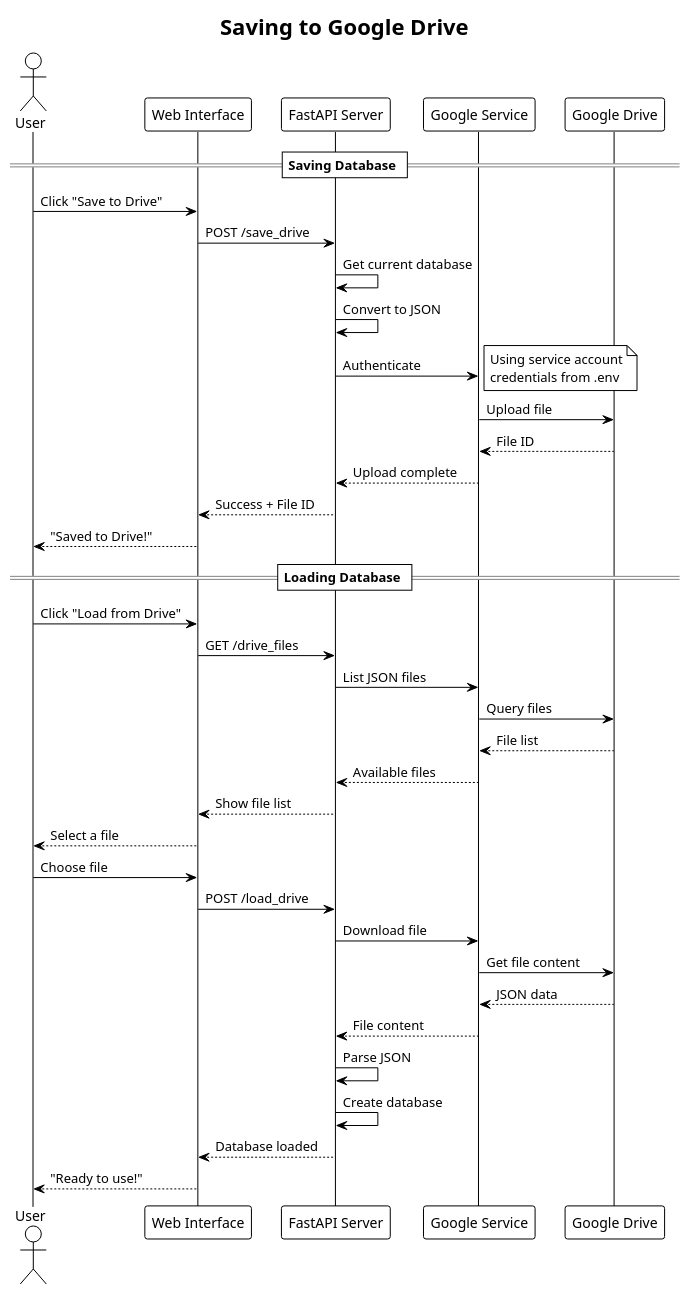
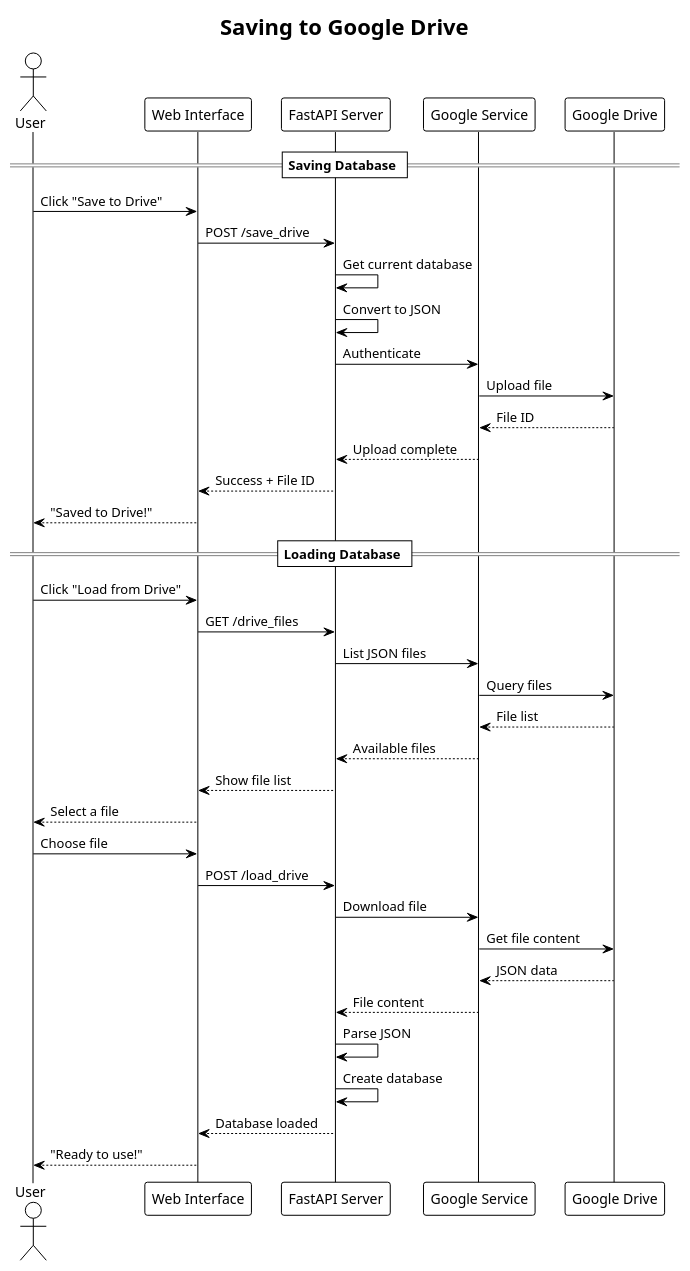
One commit to PavelShpagin/TDMS changed the diagram in UML/06_sequence_google.puml. Above: the diagram before and after it, drawn with PlantUML. The commit also changed 44 other files, not shown here.

```diff
--- a/UML/06_sequence_google.puml
+++ b/UML/06_sequence_google.puml
@@ -1,59 +1,55 @@
 @startuml sequence_google
 !theme plain
 title Saving to Google Drive
 
 actor User
 participant "Web Interface" as UI
 participant "FastAPI Server" as API
 participant "Google Service" as GService
 participant "Google Drive" as Drive
 
 == Saving Database ==
 
 User -> UI: Click "Save to Drive"
 UI -> API: POST /save_drive
 
 API -> API: Get current database
 API -> API: Convert to JSON
 
 API -> GService: Authenticate
-note right
-  Using service account
-  credentials from .env
-end note
 
 GService -> Drive: Upload file
 Drive --> GService: File ID
 GService --> API: Upload complete
 
 API --> UI: Success + File ID
 UI --> User: "Saved to Drive!"
 
 == Loading Database ==
 
 User -> UI: Click "Load from Drive"
 UI -> API: GET /drive_files
 
 API -> GService: List JSON files
 GService -> Drive: Query files
 Drive --> GService: File list
 GService --> API: Available files
 
 API --> UI: Show file list
 UI --> User: Select a file
 
 User -> UI: Choose file
 UI -> API: POST /load_drive
 
 API -> GService: Download file
 GService -> Drive: Get file content
 Drive --> GService: JSON data
 GService --> API: File content
 
 API -> API: Parse JSON
 API -> API: Create database
 
 API --> UI: Database loaded
 UI --> User: "Ready to use!"
 
 @enduml
```
